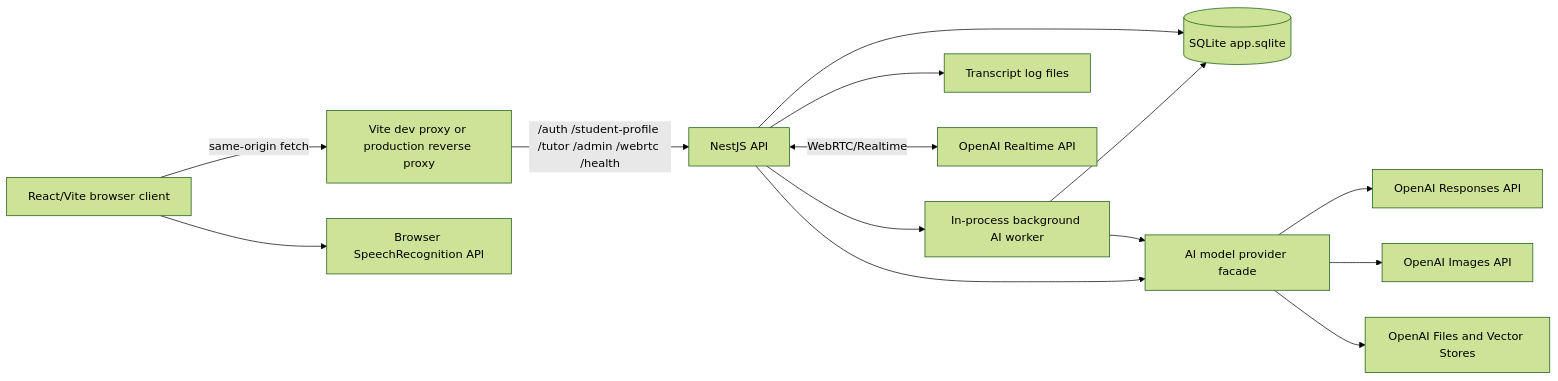
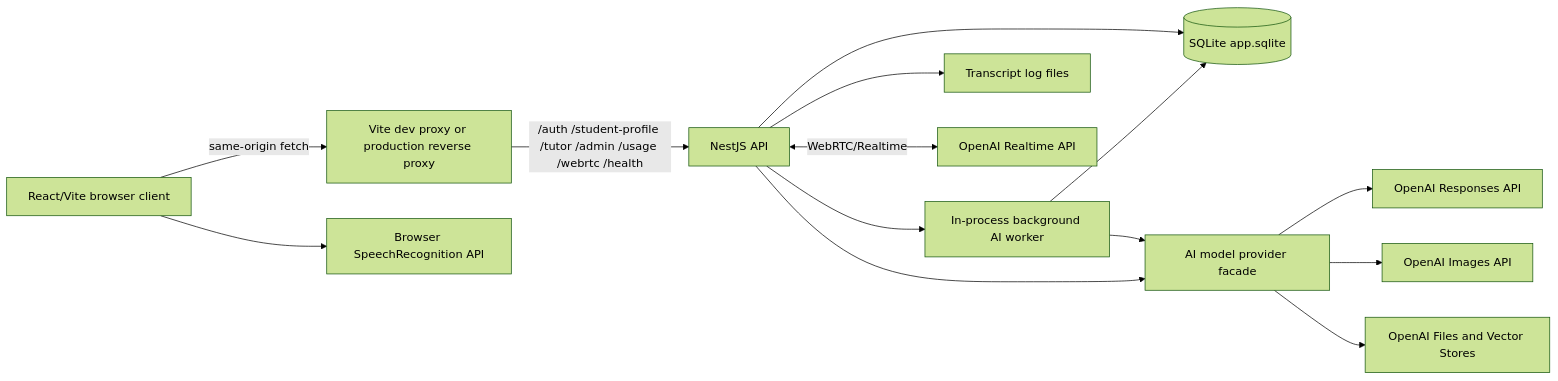
Before and after one commit to atvardovsky/EGMathTeacher: the diagram in .ai/project/architecture.md, drawn with Mermaid (forest theme). The commit also changed other lines of this file and 63 other files, not shown here.

````diff
--- a/.ai/project/architecture.md
+++ b/.ai/project/architecture.md
@@ -47,16 +49,16 @@
 ```mermaid
 flowchart LR
   Browser[React/Vite browser client] -->|same-origin fetch| WebHost[Vite dev proxy or production reverse proxy]
-  WebHost -->|/auth /student-profile /tutor /admin /webrtc /health| API[NestJS API]
+  WebHost -->|/auth /student-profile /tutor /admin /usage /webrtc /health| API[NestJS API]
   API --> SQLite[(SQLite app.sqlite)]
   API --> BackgroundJobs[In-process background AI worker]
   BackgroundJobs --> SQLite
   BackgroundJobs --> ModelProvider
   API --> Logs[Transcript log files]
   API --> ModelProvider[AI model provider facade]
   ModelProvider --> OpenAIResponses[OpenAI Responses API]
   ModelProvider --> OpenAIImages[OpenAI Images API]
   ModelProvider --> OpenAIFiles[OpenAI Files and Vector Stores]
   API <-->|WebRTC/Realtime| OpenAIRealtime[OpenAI Realtime API]
   Browser --> Speech[Browser SpeechRecognition API]
 ```
````
